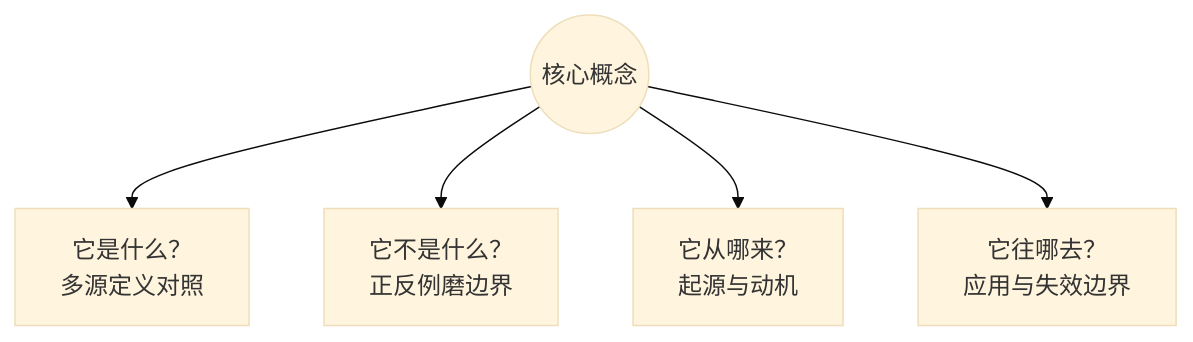
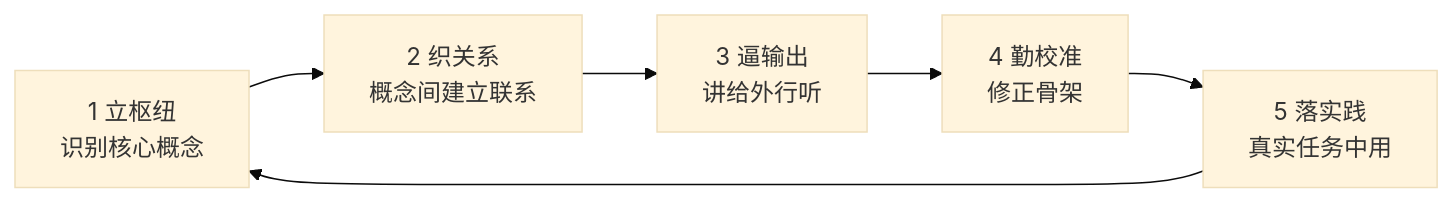
The diagram in 50-research/教材书/成书/build/.mmd/ch01-fig03.mmd (Yongjunzhou/AOS-system-design), drawn with Mermaid (base theme) before and after one commit. The commit also changed 90 other files, not shown here.

```diff
--- a/50-research/教材书/成书/build/.mmd/ch01-fig03.mmd
+++ b/50-research/教材书/成书/build/.mmd/ch01-fig03.mmd
@@ -1,5 +1,6 @@
-flowchart TD
-    C((核心概念)) --> Q1["它是什么？<br/>多源定义对照"]
-    C --> Q2["它不是什么？<br/>正反例磨边界"]
-    C --> Q3["它从哪来？<br/>起源与动机"]
-    C --> Q4["它往哪去？<br/>应用与失效边界"]
+flowchart LR
+    A["1 立枢纽<br/>识别核心概念"] --> B["2 织关系<br/>概念间建立联系"]
+    B --> C["3 逼输出<br/>讲给外行听"]
+    C --> D["4 勤校准<br/>修正骨架"]
+    D --> E["5 落实践<br/>真实任务中用"]
+    E --> A
```
